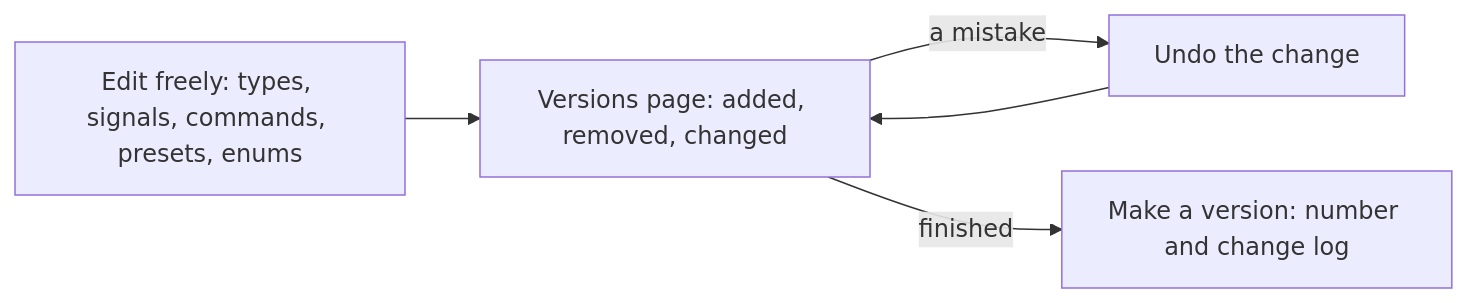
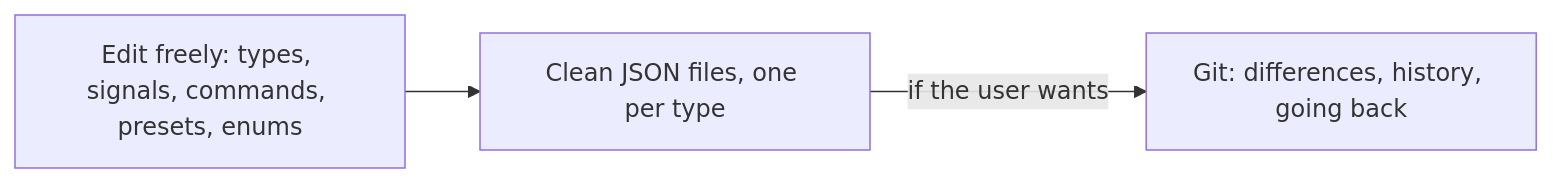
One commit to AlexandreGallais/synoptic-studio-spec changed diagram 43 of 51 in metadata/draft.md. Above: the diagram before and after it, drawn with Mermaid. The commit also changed other lines of this file and 4 other files, not shown here.

````diff
--- a/metadata/draft.md
+++ b/metadata/draft.md
@@ -1368,6 +1366,5 @@
 ```mermaid
 flowchart LR
-    E["Edit freely: types, signals, commands, presets, enums"] --> V["Versions page: added, removed, changed"]
-    V -->|"a mistake"| U["Undo the change"] --> V
-    V -->|"finished"| N["Make a version: number and change log"]
+    E["Edit freely: types, signals, commands, presets, enums"] --> F["Clean JSON files, one per type"]
+    F -->|"if the user wants"| G["Git: differences, history, going back"]
 ```
````
